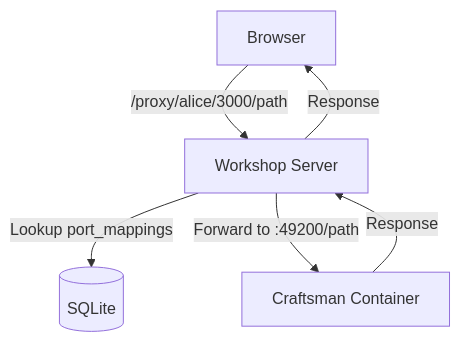
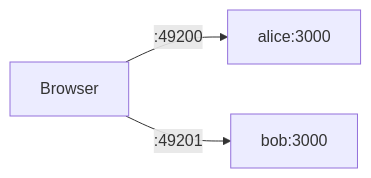
The second of 4 diagrams in documentation/workflows/update_craftsman_port_forwarding.md (marcus-gc/workshop), drawn with Mermaid before and after one commit. The commit also changed other lines of this file and 4 other files, not shown here.

````diff
--- a/documentation/workflows/update_craftsman_port_forwarding.md
+++ b/documentation/workflows/update_craftsman_port_forwarding.md
@@ -64,12 +48,7 @@
 ```mermaid
-flowchart TD
-  B[Browser] -->|/proxy/alice/3000/path| WS[Workshop Server]
-  WS -->|Lookup port_mappings| DB[(SQLite)]
-  WS -->|Forward to :49200/path| C[Craftsman Container]
-  C -->|Response| WS
-  WS -->|Response| B
+flowchart LR
+  B[Browser] -->|:49200| C["alice:3000"]
+  B -->|:49201| C2["bob:3000"]
 
-  click WS href "#" "server/src/index.ts:19-23"
-  click DB href "#" "server/src/db/schema.ts:16-27"
   click C href "#" "server/src/services/docker.ts:85-140"
 ```
````
